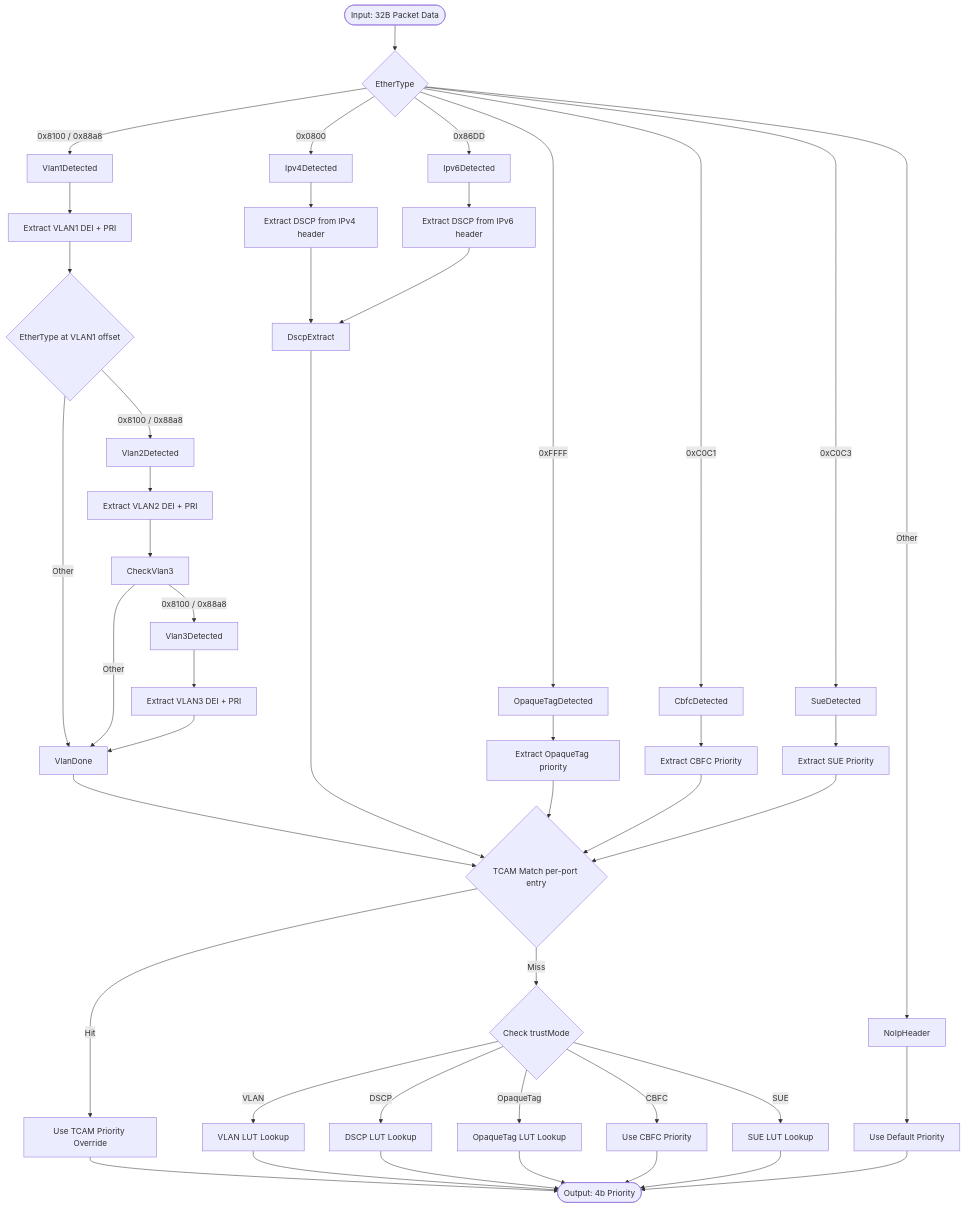
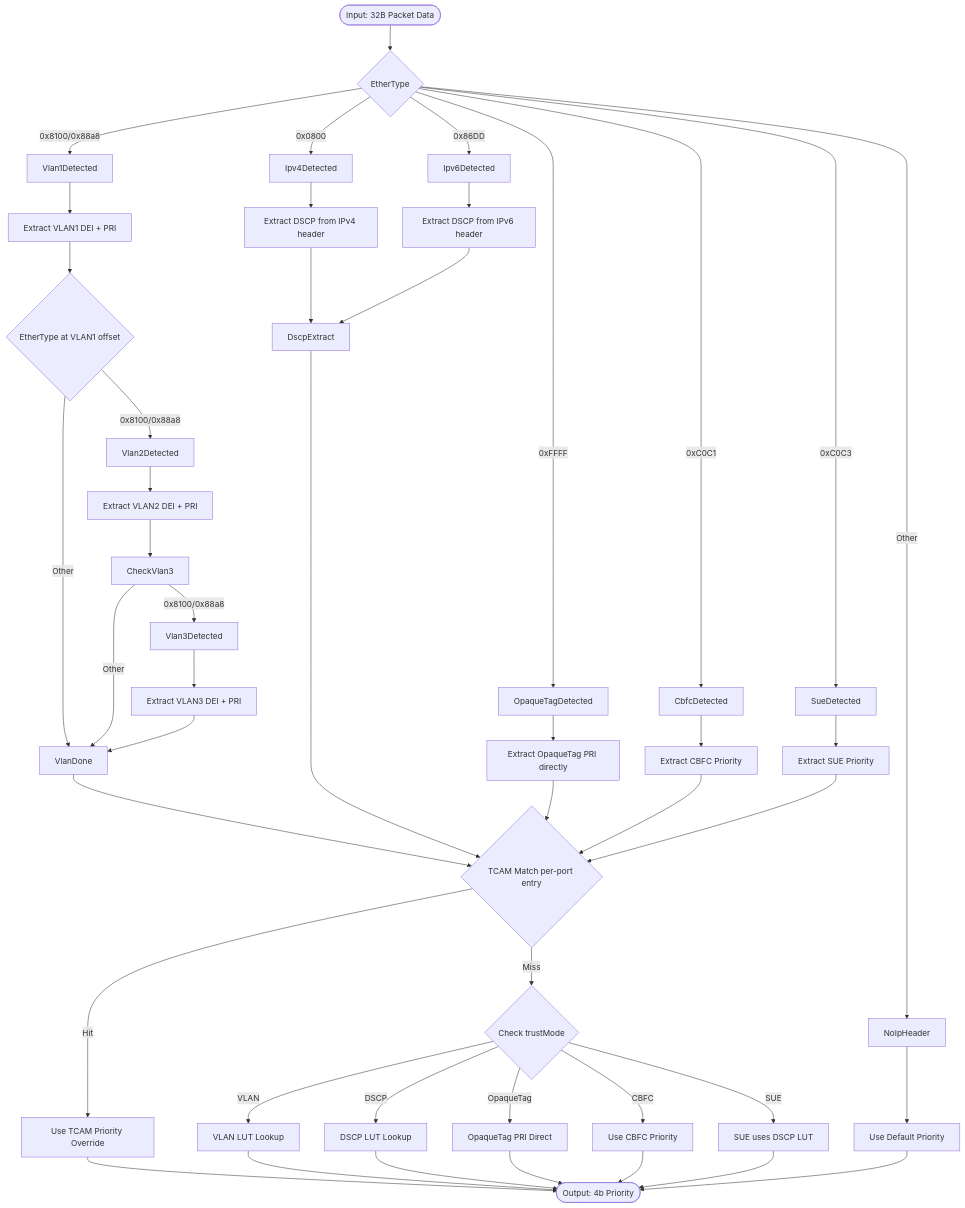
Before and after one commit to RuyeeAI/HardwareDesign: the second of 4 diagrams in docs/PreParser.md, drawn with Mermaid. The commit also changed other lines of this file, not shown here.

First line of the commit message:
Consolidate PreParser doc: remove separate LUTs, align OpaqueTag/CBFC/SUE handling

````diff
--- a/docs/PreParser.md
+++ b/docs/PreParser.md
@@ -82,66 +82,66 @@
 ```mermaid
 flowchart TD
     Start([Input: 32B Packet Data]) --> EthCheck{"EtherType"}
 
-    EthCheck -->|"0x8100 / 0x88a8"| Vlan1Detected
+    EthCheck -->|"0x8100/0x88a8"| Vlan1Detected
     EthCheck -->|"0x0800"| Ipv4Detected
     EthCheck -->|"0x86DD"| Ipv6Detected
     EthCheck -->|"0xFFFF"| OpaqueTagDetected
     EthCheck -->|"0xC0C1"| CbfcDetected
     EthCheck -->|"0xC0C3"| SueDetected
     EthCheck -->|"Other"| NoIpHeader
 
     Vlan1Detected --> Vlan1Extract["Extract VLAN1 DEI + PRI"]
     Vlan1Extract --> CheckVlan2{"EtherType at VLAN1 offset"}
 
-    CheckVlan2 -->|"0x8100 / 0x88a8"| Vlan2Detected
+    CheckVlan2 -->|"0x8100/0x88a8"| Vlan2Detected
     CheckVlan2 -->|"Other"| VlanDone
 
     Vlan2Detected --> Vlan2Extract["Extract VLAN2 DEI + PRI"]
     Vlan2Extract --> CheckVlan3
 
-    CheckVlan3 -->|"0x8100 / 0x88a8"| Vlan3Detected
+    CheckVlan3 -->|"0x8100/0x88a8"| Vlan3Detected
     CheckVlan3 -->|"Other"| VlanDone
 
     Vlan3Detected --> Vlan3Extract["Extract VLAN3 DEI + PRI"]
     Vlan3Extract --> VlanDone
 
     VlanDone --> TcamMatch{"TCAM Match per-port entry"}
 
     Ipv4Detected --> Ipv4Extract["Extract DSCP from IPv4 header"]
     Ipv6Detected --> Ipv6Extract["Extract DSCP from IPv6 header"]
 
     Ipv4Extract --> DscpExtract
     Ipv6Extract --> DscpExtract
 
-    OpaqueTagDetected --> OpaqueExtract["Extract OpaqueTag priority"]
+    OpaqueTagDetected --> OpaqueExtract["Extract OpaqueTag PRI directly"]
 
     CbfcDetected --> CbfcExtract["Extract CBFC Priority"]
 
     SueDetected --> SueExtract["Extract SUE Priority"]
 
     NoIpHeader --> UseDefault["Use Default Priority"]
 
     DscpExtract --> TcamMatch
     OpaqueExtract --> TcamMatch
     CbfcExtract --> TcamMatch
     SueExtract --> TcamMatch
 
     TcamMatch -->|"Hit"| UseTcamPriority["Use TCAM Priority Override"]
     TcamMatch -->|"Miss"| PortConfigCheck{"Check trustMode"}
 
     UseTcamPriority --> Output([Output: 4b Priority])
 
     PortConfigCheck -->|"VLAN"| VlanLutLookup["VLAN LUT Lookup"]
     PortConfigCheck -->|"DSCP"| DscpLutLookup["DSCP LUT Lookup"]
-    PortConfigCheck -->|"OpaqueTag"| OpaqueLutLookup["OpaqueTag LUT Lookup"]
+    PortConfigCheck -->|"OpaqueTag"| OpaqueDirect["OpaqueTag PRI Direct"]
     PortConfigCheck -->|"CBFC"| UseCbfcPri["Use CBFC Priority"]
-    PortConfigCheck -->|"SUE"| SueLutLookup["SUE LUT Lookup"]
+    PortConfigCheck -->|"SUE"| SueLutLookup["SUE uses DSCP LUT"]
 
     VlanLutLookup --> Output
     DscpLutLookup --> Output
-    OpaqueLutLookup --> Output
+    OpaqueDirect --> Output
     UseCbfcPri --> Output
     SueLutLookup --> Output
     UseDefault --> Output
 ```
````
